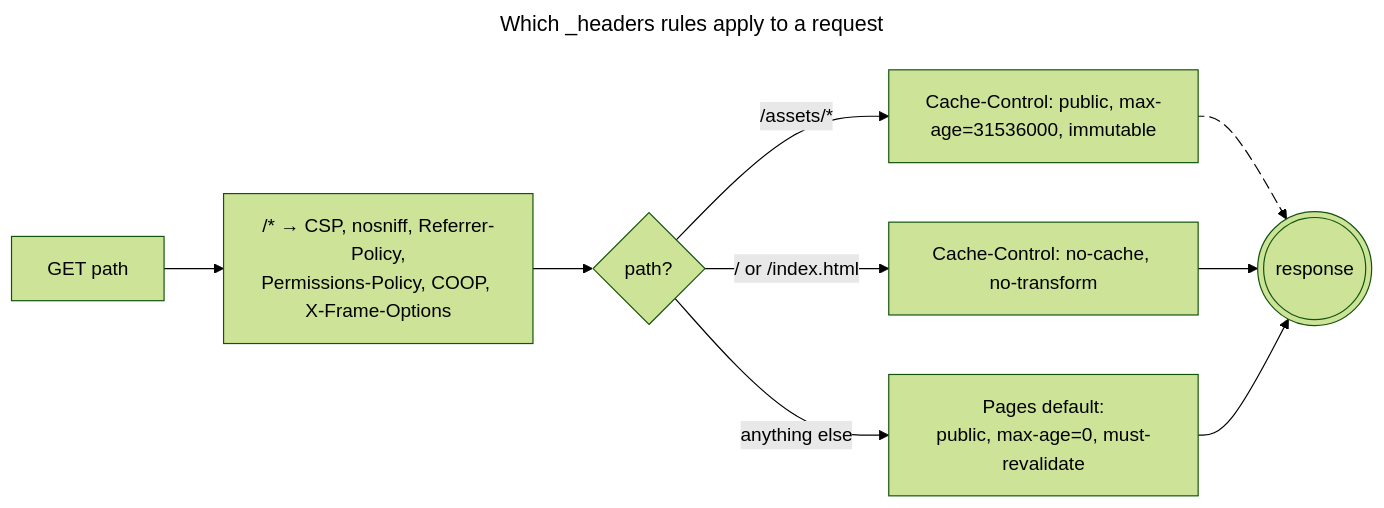
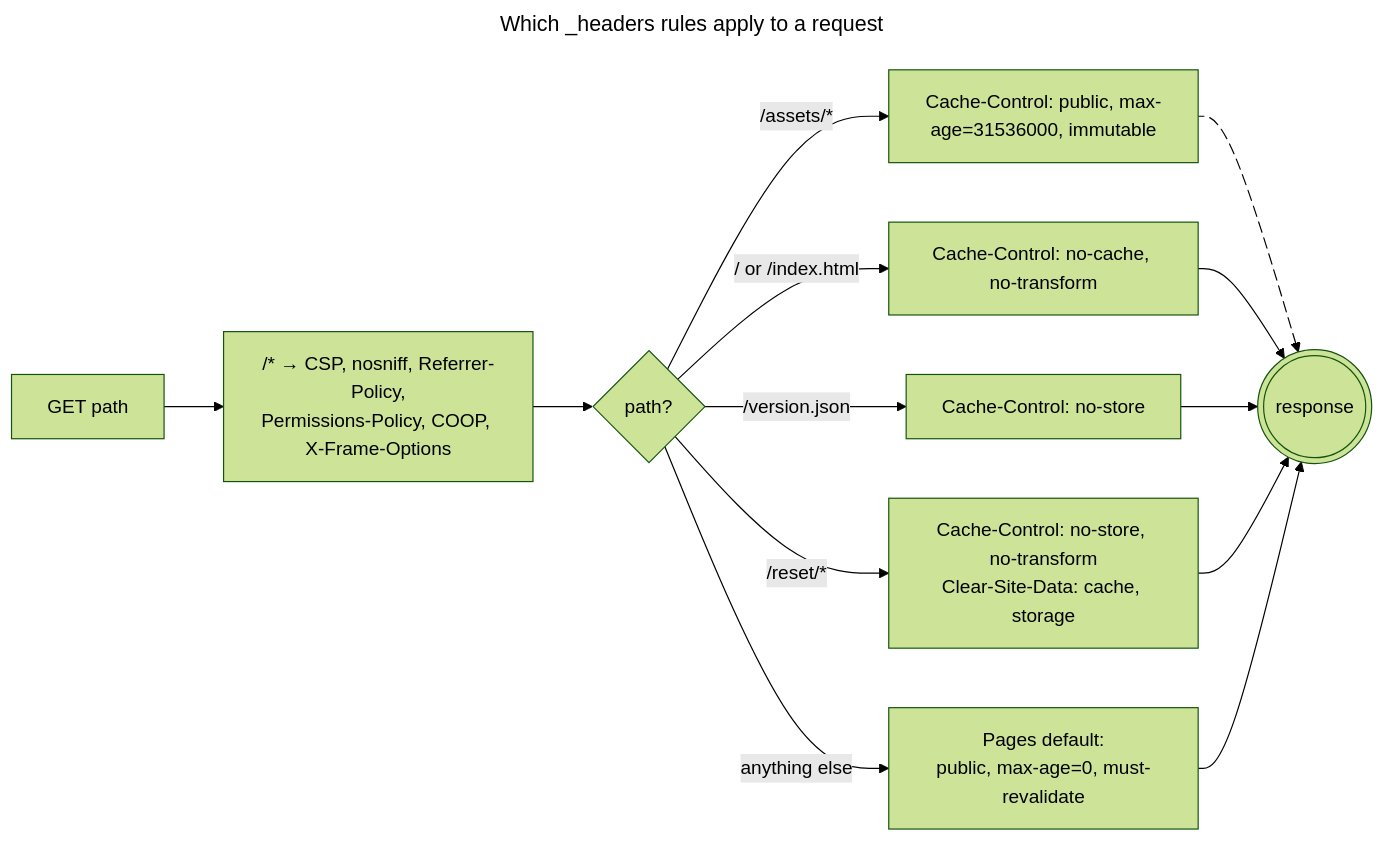
Before and after one commit to VinylStage/trex_vs_tiger_sim: the second of 2 diagrams in docs/DEPLOYMENT.md, drawn with Mermaid (forest theme). The commit also changed other lines of this file and 2 other files, not shown here.

First line of the commit message:
docs: document versioning, update detection and cache reset (#23)

````diff
--- a/docs/DEPLOYMENT.md
+++ b/docs/DEPLOYMENT.md
@@ -183,18 +194,22 @@
 ```mermaid
 ---
 title: Which _headers rules apply to a request
 config:
   flowchart:
     curve: basis
 ---
 flowchart LR
     req@{ shape: rect, label: "GET path" } --> all@{ shape: rect, label: "/* → CSP, nosniff, Referrer-Policy,<br/>Permissions-Policy, COOP, X-Frame-Options" }
     all --> q{"path?"}
     q -- "/assets/*" --> imm@{ shape: rect, label: "Cache-Control: public, max-age=31536000, immutable" }
     q -- "/ or /index.html" --> nc@{ shape: rect, label: "Cache-Control: no-cache, no-transform" }
+    q -- "/version.json" --> vj@{ shape: rect, label: "Cache-Control: no-store" }
+    q -- "/reset/*" --> rs@{ shape: rect, label: "Cache-Control: no-store, no-transform<br/>Clear-Site-Data: cache, storage" }
     q -- "anything else" --> def@{ shape: rect, label: "Pages default:<br/>public, max-age=0, must-revalidate" }
     imm e1@--> resp@{ shape: dbl-circ, label: "response" }
     nc --> resp
+    vj --> resp
+    rs --> resp
     def --> resp
     e1@{ animate: true }
 ```
````
